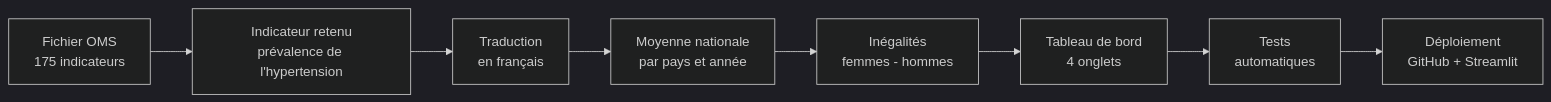
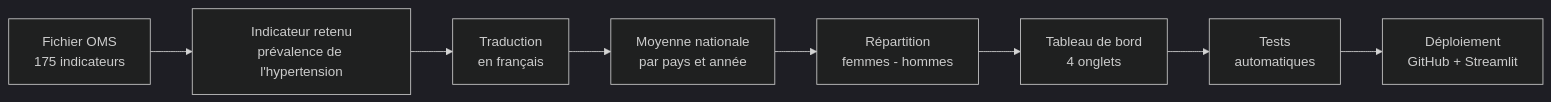
Before and after one commit to ismaelkodjo/dashboard-sante-equite: the diagram in README.md, drawn with Mermaid (dark theme). The commit also changed other lines of this file and 3 other files, not shown here.

````diff
--- a/README.md
+++ b/README.md
@@ -58,10 +58,10 @@
 ```mermaid
 flowchart LR
     A["Fichier OMS<br/>175 indicateurs"] --> B["Indicateur retenu<br/>prévalence de l'hypertension"]
     B --> C["Traduction<br/>en français"]
     C --> D["Moyenne nationale<br/>par pays et année"]
-    D --> E["Inégalités<br/>femmes - hommes"]
+    D --> E["Répartition<br/>femmes - hommes"]
     E --> F["Tableau de bord<br/>4 onglets"]
     F --> G["Tests<br/>automatiques"]
     G --> H["Déploiement<br/>GitHub + Streamlit"]
 ```
````
